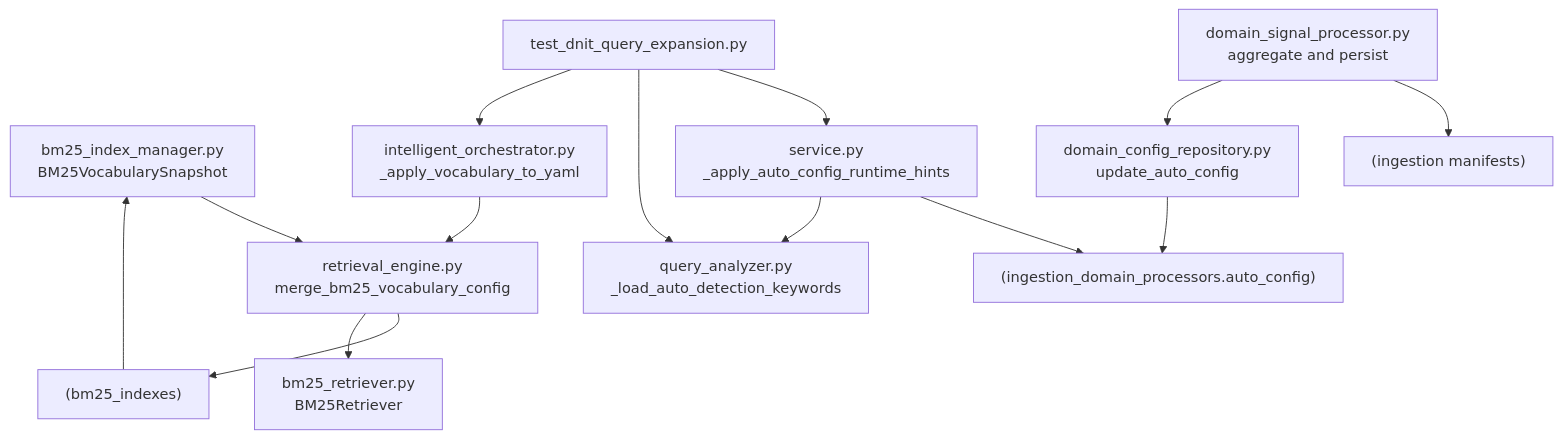
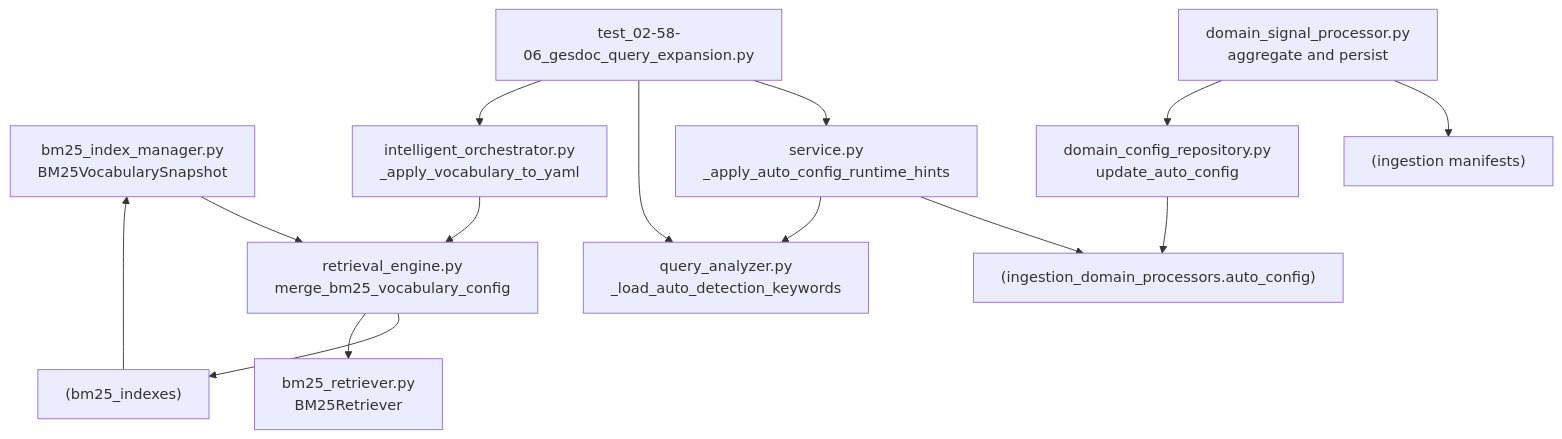
One commit to mrctito/plataforma_agentes_negocio_docs changed the diagram in assets/diagrams/docs-tutorial-101-bm25-vs-auto-config-dnit-diagrama-04.mmd. Above: the diagram before and after it, drawn with Mermaid. The commit also changed 16 other files, not shown here.

```diff
--- a/assets/diagrams/docs-tutorial-101-bm25-vs-auto-config-dnit-diagrama-04.mmd
+++ b/assets/diagrams/docs-tutorial-101-bm25-vs-auto-config-dnit-diagrama-04.mmd
@@ -1,27 +1,27 @@
 flowchart TB
     C1["bm25_retriever.py\nBM25Retriever"]
     C2["bm25_index_manager.py\nBM25VocabularySnapshot"]
     C3["retrieval_engine.py\nmerge_bm25_vocabulary_config"]
     C4["service.py\n_apply_auto_config_runtime_hints"]
     C5["query_analyzer.py\n_load_auto_detection_keywords"]
     C6["intelligent_orchestrator.py\n_apply_vocabulary_to_yaml"]
     C7["domain_config_repository.py\nupdate_auto_config"]
     C8["domain_signal_processor.py\naggregate and persist"]
     D1["(bm25_indexes)"]
     D2["(ingestion_domain_processors.auto_config)"]
     D3["(ingestion manifests)"]
-    T1["test_dnit_query_expansion.py"]
+    T1["test_02-58-06_gesdoc_query_expansion.py"]
 
     C8 --> D3
     C8 --> C7
     C7 --> D2
     C4 --> D2
     C4 --> C5
     C3 --> D1
     D1 --> C2
     C2 --> C3
     C3 --> C1
     C6 --> C3
     T1 --> C4
     T1 --> C5
     T1 --> C6
```
